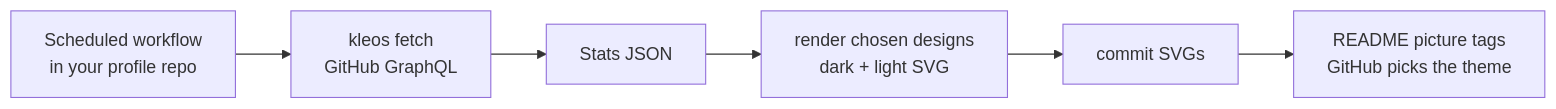
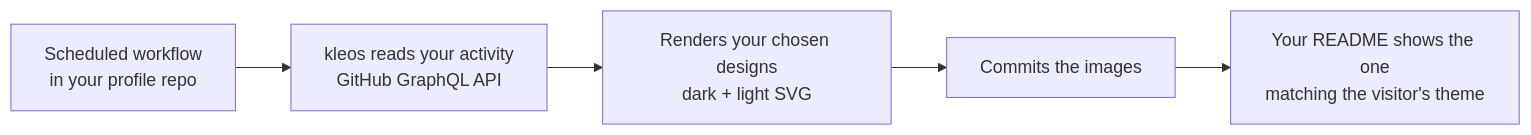
Before and after one commit to garysassano/kleos: the diagram in README.md, drawn with Mermaid. The commit also changed other lines of this file and 16 other files, not shown here.

````diff
--- a/README.md
+++ b/README.md
@@ -24,8 +31,7 @@
 ```mermaid
 flowchart LR
-  A[Scheduled workflow<br/>in your profile repo] --> B[kleos fetch<br/>GitHub GraphQL]
-  B --> C[Stats JSON]
-  C --> D[render chosen designs<br/>dark + light SVG]
-  D --> E[commit SVGs]
-  E --> F[README picture tags<br/>GitHub picks the theme]
+  A[Scheduled workflow<br/>in your profile repo] --> B[kleos reads your activity<br/>GitHub GraphQL API]
+  B --> C[Renders your chosen designs<br/>dark + light SVG]
+  C --> D[Commits the images]
+  D --> E[Your README shows the one<br/>matching the visitor's theme]
 ```
````
